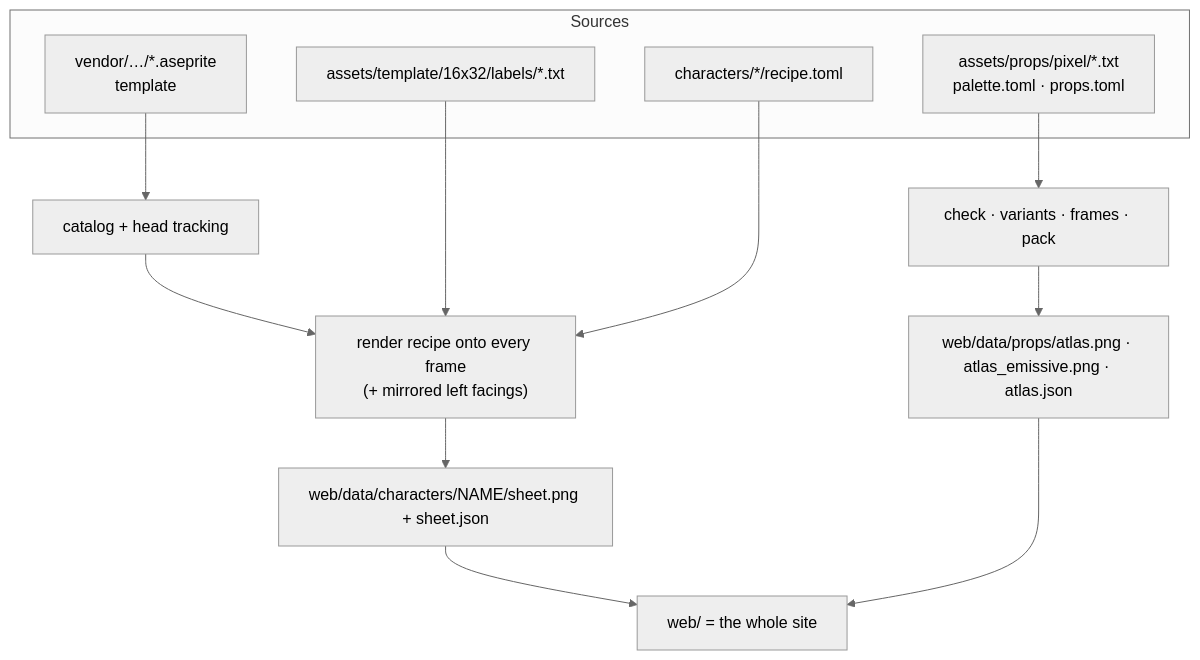
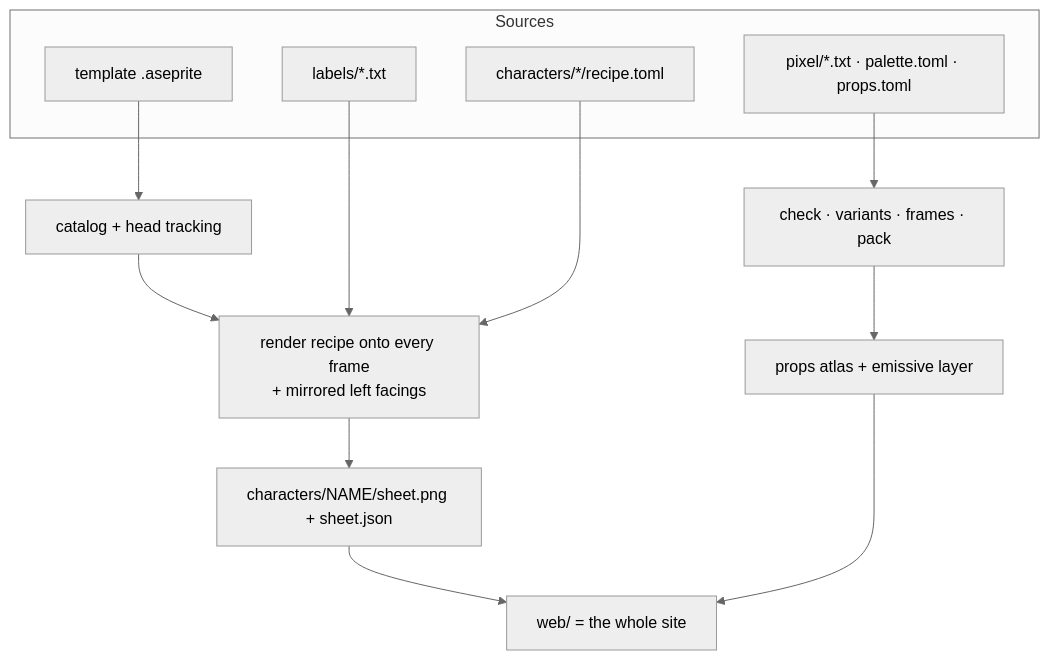
One commit to schlessera/character-generation changed the third of 4 diagrams in README.md. Above: the diagram before and after it, drawn with Mermaid (neutral theme). The commit also changed other lines of this file and 1 other file, not shown here.

````diff
--- a/README.md
+++ b/README.md
@@ -260,16 +280,16 @@
 ```mermaid
 flowchart TB
     subgraph Sources
-      V["vendor/…/*.aseprite<br/>template"]
-      LB["assets/template/16x32/labels/*.txt"]
+      V["template .aseprite"]
+      LB["labels/*.txt"]
       RC["characters/*/recipe.toml"]
-      PX["assets/props/pixel/*.txt<br/>palette.toml · props.toml"]
+      PX["pixel/*.txt · palette.toml · props.toml"]
     end
-    V --> CAT["catalog + head tracking"] --> GEN["render recipe onto every frame<br/>(+ mirrored left facings)"]
+    V --> CAT["catalog + head tracking"] --> GEN["render recipe onto every frame<br/>+ mirrored left facings"]
     LB --> GEN
     RC --> GEN
-    GEN --> SH["web/data/characters/NAME/sheet.png + sheet.json"]
-    PX --> PK["check · variants · frames · pack"] --> AT["web/data/props/atlas.png · atlas_emissive.png · atlas.json"]
+    GEN --> SH["characters/NAME/sheet.png + sheet.json"]
+    PX --> PK["check · variants · frames · pack"] --> AT["props atlas + emissive layer"]
     SH --> WEB["web/ = the whole site"]
     AT --> WEB
 ```
````
